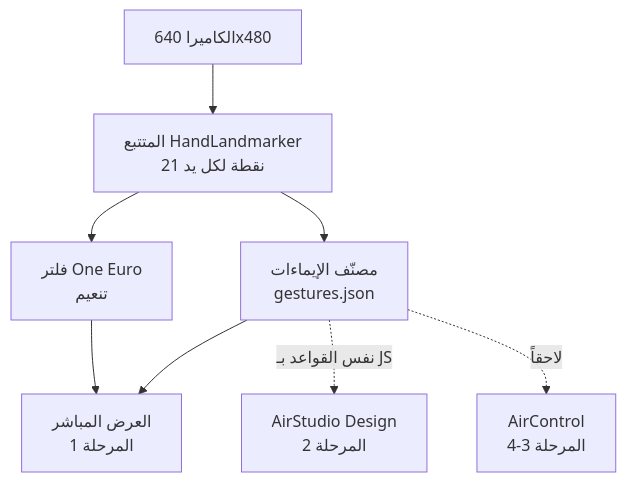
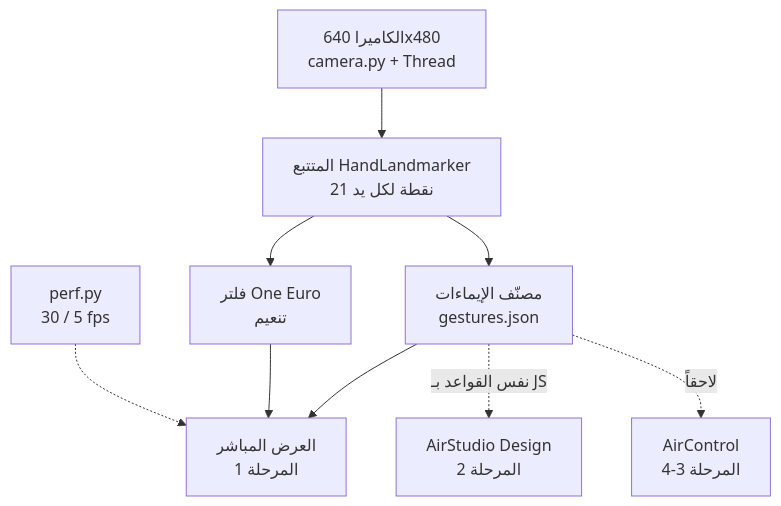
One commit to AliNissr/AirStudio changed the diagram in docs/learn/00-خريطة-المشروع.md. Above: the diagram before and after it, drawn with Mermaid. The commit also changed other lines of this file and 2 other files, not shown here.

Commit message:
docs(learn): phase 1 lesson

````diff
--- a/docs/learn/00-خريطة-المشروع.md
+++ b/docs/learn/00-خريطة-المشروع.md
@@ -3,10 +3,11 @@
 ```mermaid
 flowchart TD
-    CAM[الكاميرا 640x480] --> TR[المتتبع HandLandmarker<br/>21 نقطة لكل يد]
+    CAM[الكاميرا 640x480<br/>camera.py + Thread] --> TR[المتتبع HandLandmarker<br/>21 نقطة لكل يد]
+    PERF[perf.py<br/>30 / 5 fps] -.-> DEMO
     TR --> F[فلتر One Euro<br/>تنعيم]
     TR --> G[مصنّف الإيماءات<br/>gestures.json]
     G --> DEMO[العرض المباشر<br/>المرحلة 1]
     F --> DEMO
     G -. نفس القواعد بـ JS .-> WEB[AirStudio Design<br/>المرحلة 2]
     G -. لاحقاً .-> CTRL[AirControl<br/>المرحلة 3-4]
 ```
````
